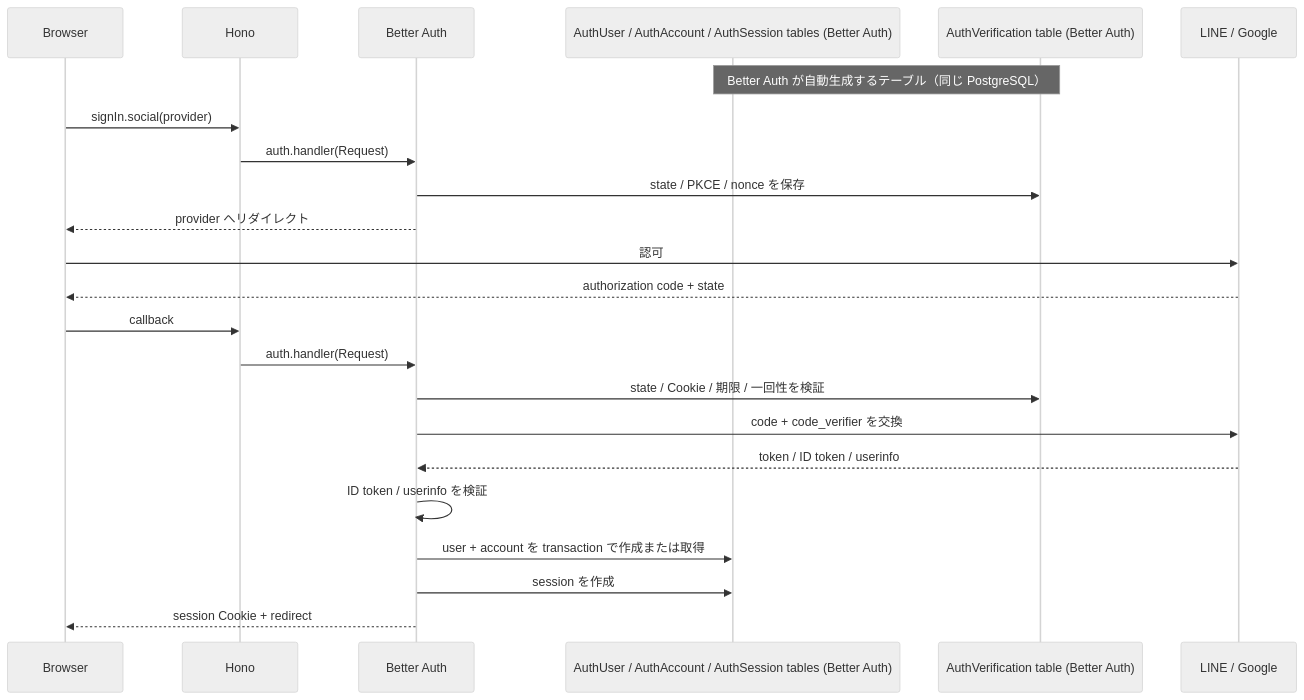
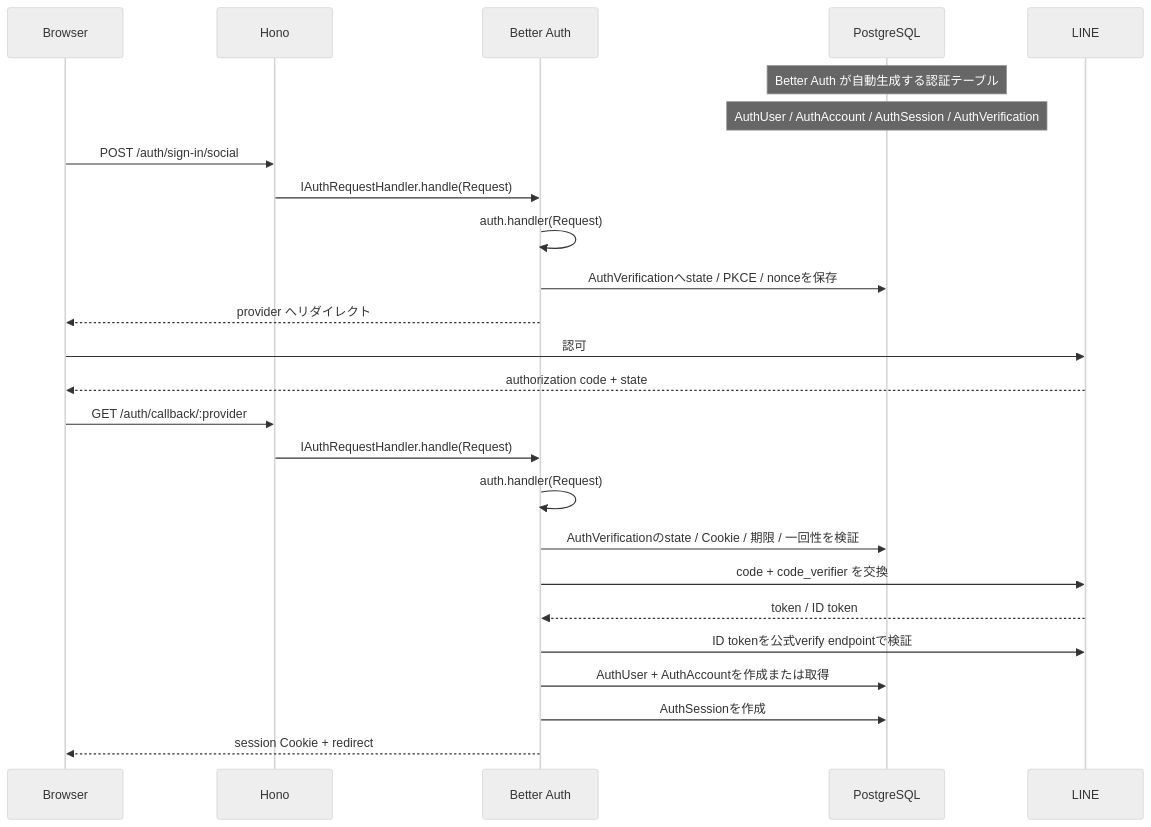
Before and after one commit to HirokaMitsunaga/auth-test: the first of 3 diagrams in backend/src/auth/docs/better-auth.md, drawn with Mermaid (neutral theme). The commit also changed other lines of this file and 23 other files, not shown here.

````diff
--- a/backend/src/auth/docs/better-auth.md
+++ b/backend/src/auth/docs/better-auth.md
@@ -423,27 +356,29 @@
 ```mermaid
 sequenceDiagram
     participant B as Browser
     participant H as Hono
     participant A as Better Auth
-    participant U as AuthUser / AuthAccount / AuthSession tables (Better Auth)
-    participant V as AuthVerification table (Better Auth)
-    participant P as LINE / Google
+    participant DB as PostgreSQL
+    participant L as LINE
 
-    Note over U,V: Better Auth が自動生成するテーブル（同じ PostgreSQL）
+    Note over DB: Better Auth が自動生成する認証テーブル
+    Note over DB: AuthUser / AuthAccount / AuthSession / AuthVerification
 
-    B->>H: signIn.social(provider)
-    H->>A: auth.handler(Request)
-    A->>V: state / PKCE / nonce を保存
+    B->>H: POST /auth/sign-in/social
+    H->>A: IAuthRequestHandler.handle(Request)
+    A->>A: auth.handler(Request)
+    A->>DB: AuthVerificationへstate / PKCE / nonceを保存
     A-->>B: provider へリダイレクト
-    B->>P: 認可
-    P-->>B: authorization code + state
-    B->>H: callback
-    H->>A: auth.handler(Request)
-    A->>V: state / Cookie / 期限 / 一回性を検証
-    A->>P: code + code_verifier を交換
-    P-->>A: token / ID token / userinfo
-    A->>A: ID token / userinfo を検証
-    A->>U: user + account を transaction で作成または取得
-    A->>U: session を作成
+    B->>L: 認可
+    L-->>B: authorization code + state
+    B->>H: GET /auth/callback/:provider
+    H->>A: IAuthRequestHandler.handle(Request)
+    A->>A: auth.handler(Request)
+    A->>DB: AuthVerificationのstate / Cookie / 期限 / 一回性を検証
+    A->>L: code + code_verifier を交換
+    L-->>A: token / ID token
+    A->>L: ID tokenを公式verify endpointで検証
+    A->>DB: AuthUser + AuthAccountを作成または取得
+    A->>DB: AuthSessionを作成
     A-->>B: session Cookie + redirect
 ```
````
